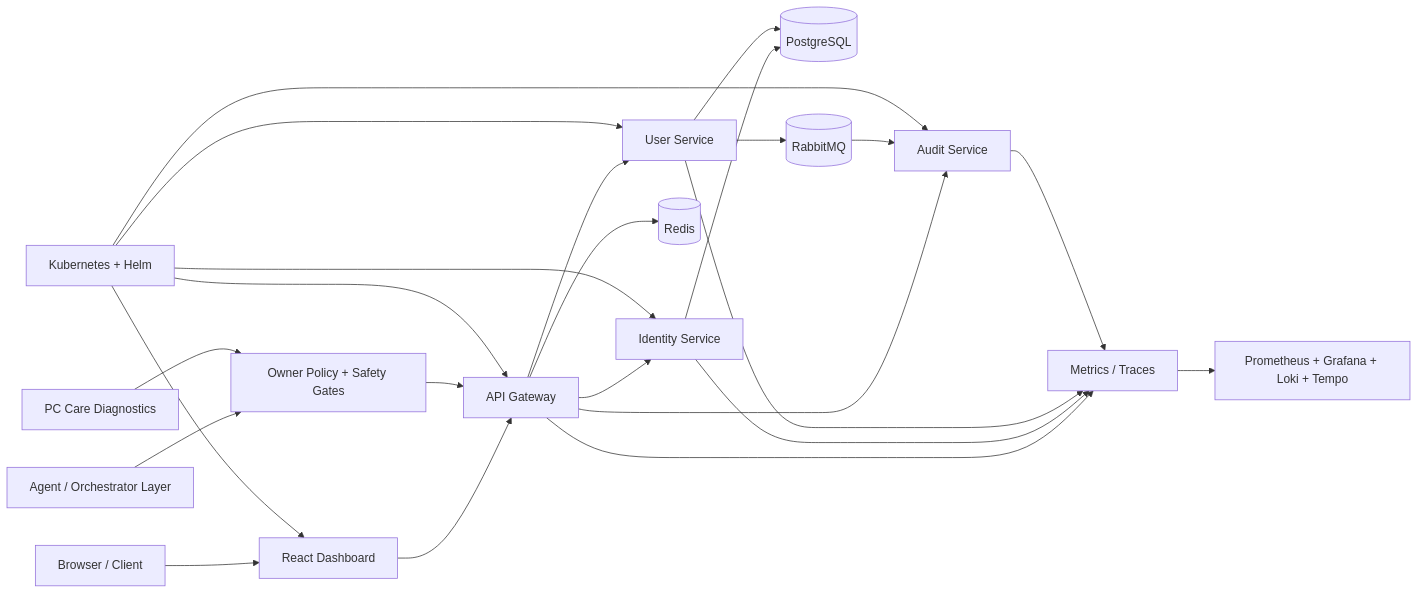
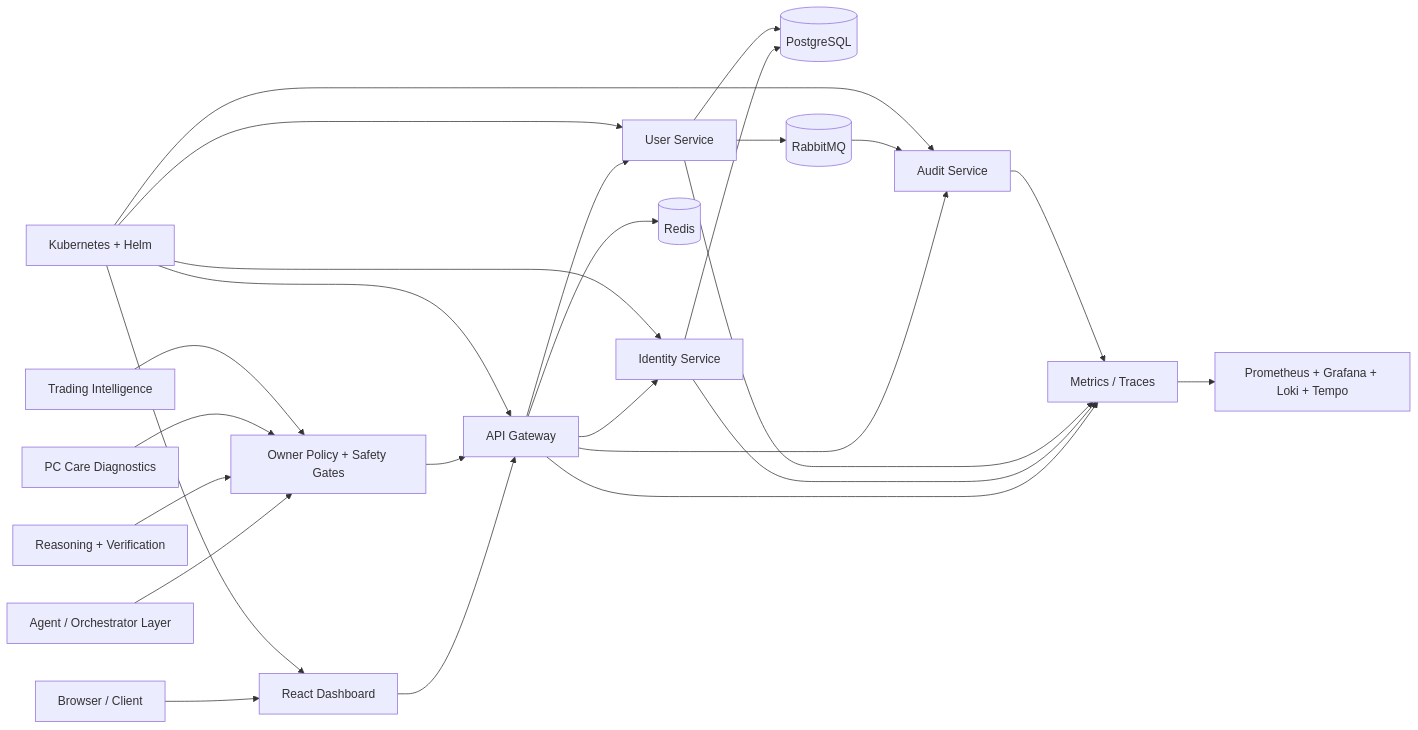
Before and after one commit to teldigi5-wq/aetheris-platform: the diagram in README.md, drawn with Mermaid. The commit also changed other lines of this file, not shown here.

````diff
--- a/README.md
+++ b/README.md
@@ -86,26 +95,28 @@
 ```mermaid
 flowchart LR
     U[Browser / Client] --> D[React Dashboard]
     D --> G[API Gateway]
     G --> I[Identity Service]
     G --> S[User Service]
     G --> A[Audit Service]
     G --> R[(Redis)]
     I --> P[(PostgreSQL)]
     S --> P
     S --> M[(RabbitMQ)]
     M --> A
     G --> O[Metrics / Traces]
     I --> O
     S --> O
     A --> O
     O --> OBS[Prometheus + Grafana + Loki + Tempo]
     AG[Agent / Orchestrator Layer] --> POL[Owner Policy + Safety Gates]
+    RSN[Reasoning + Verification] --> POL
     PC[PC Care Diagnostics] --> POL
+    TRD[Trading Intelligence] --> POL
     POL --> G
     K[Kubernetes + Helm] --> D
     K --> G
     K --> I
     K --> S
     K --> A
 ```
````
